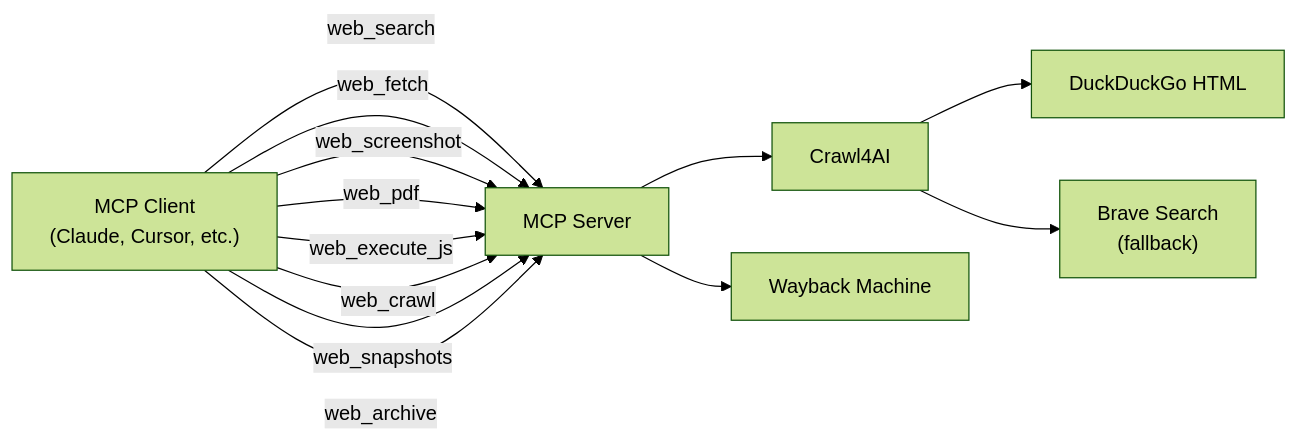
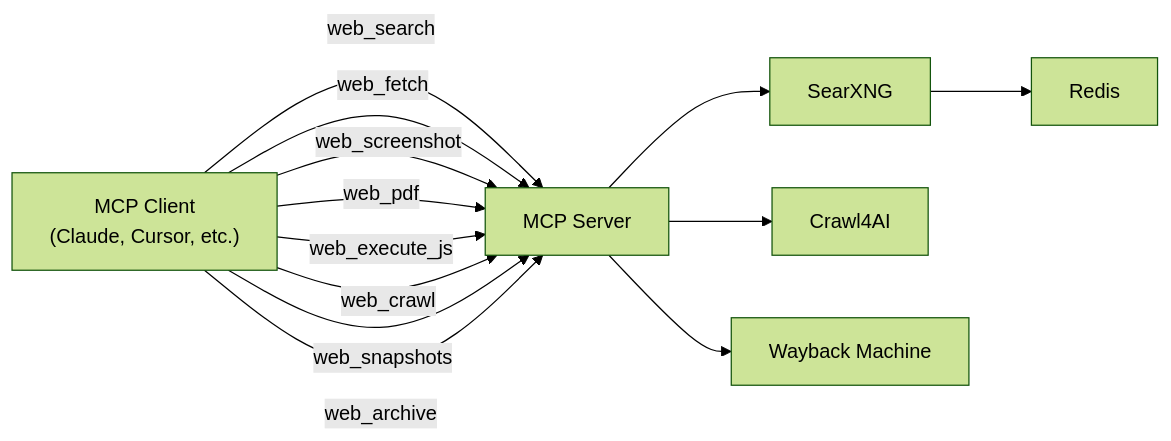
One commit to chngrkvc/web-search-mcp changed the diagram in README.md. Above: the diagram before and after it, drawn with Mermaid (forest theme). The commit also changed other lines of this file and 7 other files, not shown here.

First line of the commit message:
Revert: Back to SearXNG for web search

````diff
--- a/README.md
+++ b/README.md
@@ -9,15 +9,15 @@
 ```mermaid
 graph LR
     Client["MCP Client<br/>(Claude, Cursor, etc.)"] -->|web_search| Server["MCP Server"]
     Client -->|web_fetch| Server
     Client -->|web_screenshot| Server
     Client -->|web_pdf| Server
     Client -->|web_execute_js| Server
     Client -->|web_crawl| Server
     Client -->|web_snapshots| Server
     Client -->|web_archive| Server
+    Server --> SearXNG
+    SearXNG --> Redis
     Server --> Crawl4AI
-    Crawl4AI --> DuckDuckGo["DuckDuckGo HTML"]
-    Crawl4AI --> Brave["Brave Search<br/>(fallback)"]
     Server --> Wayback["Wayback Machine"]
 ```
````
